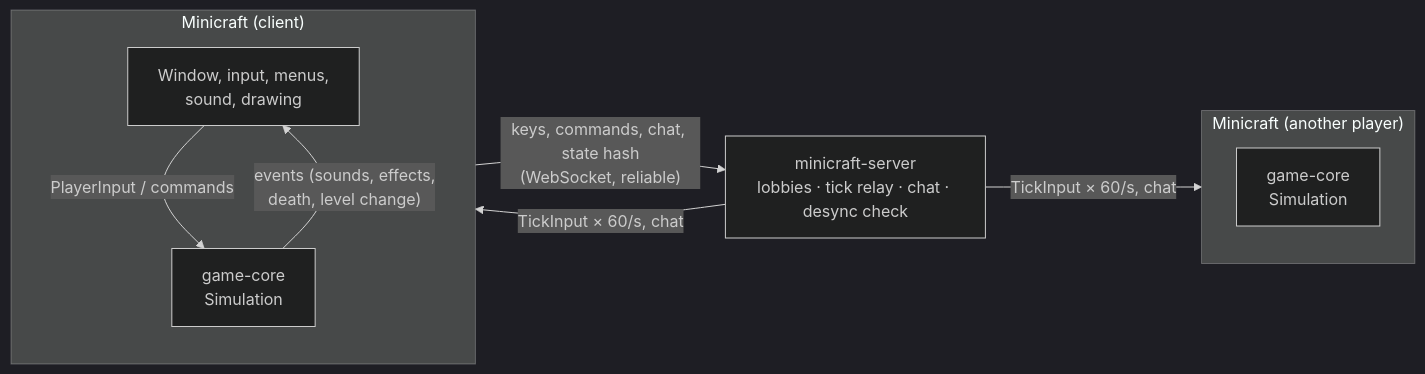
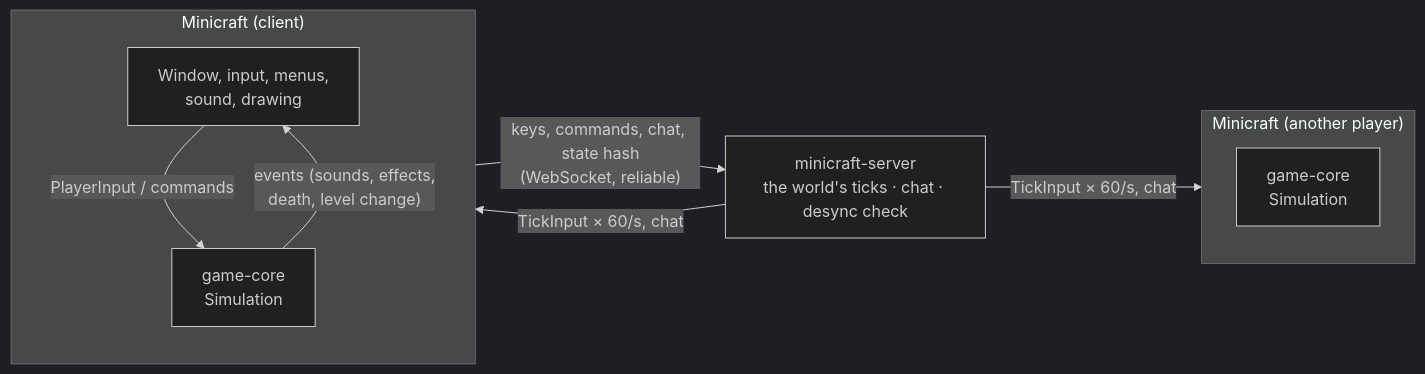
Before and after one commit to AdnaneBJA/Minicraft: the first of 2 diagrams in README.md, drawn with Mermaid (dark theme). The commit also changed other lines of this file and 8 other files, not shown here.

````diff
--- a/README.md
+++ b/README.md
@@ -74,16 +74,16 @@
 ```mermaid
 flowchart LR
     subgraph Client["Minicraft (client)"]
         UI["Window, input, menus,<br/>sound, drawing"]
         SimA["game-core<br/>Simulation"]
         UI -- "PlayerInput / commands" --> SimA
         SimA -- "events (sounds, effects,<br/>death, level change)" --> UI
     end
     subgraph Client2["Minicraft (another player)"]
         SimB["game-core<br/>Simulation"]
     end
-    Server["minicraft-server<br/>lobbies · tick relay · chat · desync check"]
+    Server["minicraft-server<br/>the world's ticks · chat · desync check"]
     Client -- "keys, commands, chat, state hash<br/>(WebSocket, reliable)" --> Server
     Server -- "TickInput × 60/s, chat" --> Client
     Server -- "TickInput × 60/s, chat" --> Client2
 ```
````
